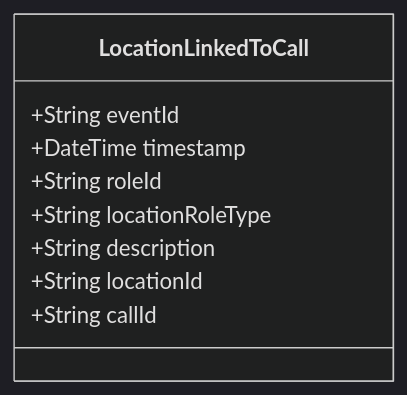
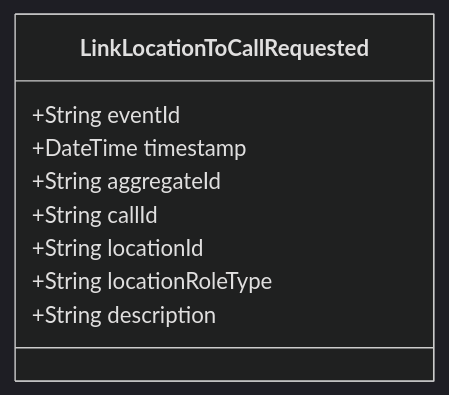
The diagram in doc/events/LocationLinkedToCall.md (pgraff/police-system), drawn with Mermaid (dark theme) before and after one commit. The commit also changed other lines of this file and 58 other files, not shown here.

````diff
--- a/doc/events/LocationLinkedToCall.md
+++ b/doc/events/LocationLinkedToCall.md
@@ -9,12 +9,12 @@
 ```mermaid
 classDiagram
-    class LocationLinkedToCall {
+    class LinkLocationToCallRequested {
         +String eventId
         +DateTime timestamp
-        +String roleId
+        +String aggregateId
+        +String callId
+        +String locationId
         +String locationRoleType
         +String description
-        +String locationId
-        +String callId
     }
 ```
````
